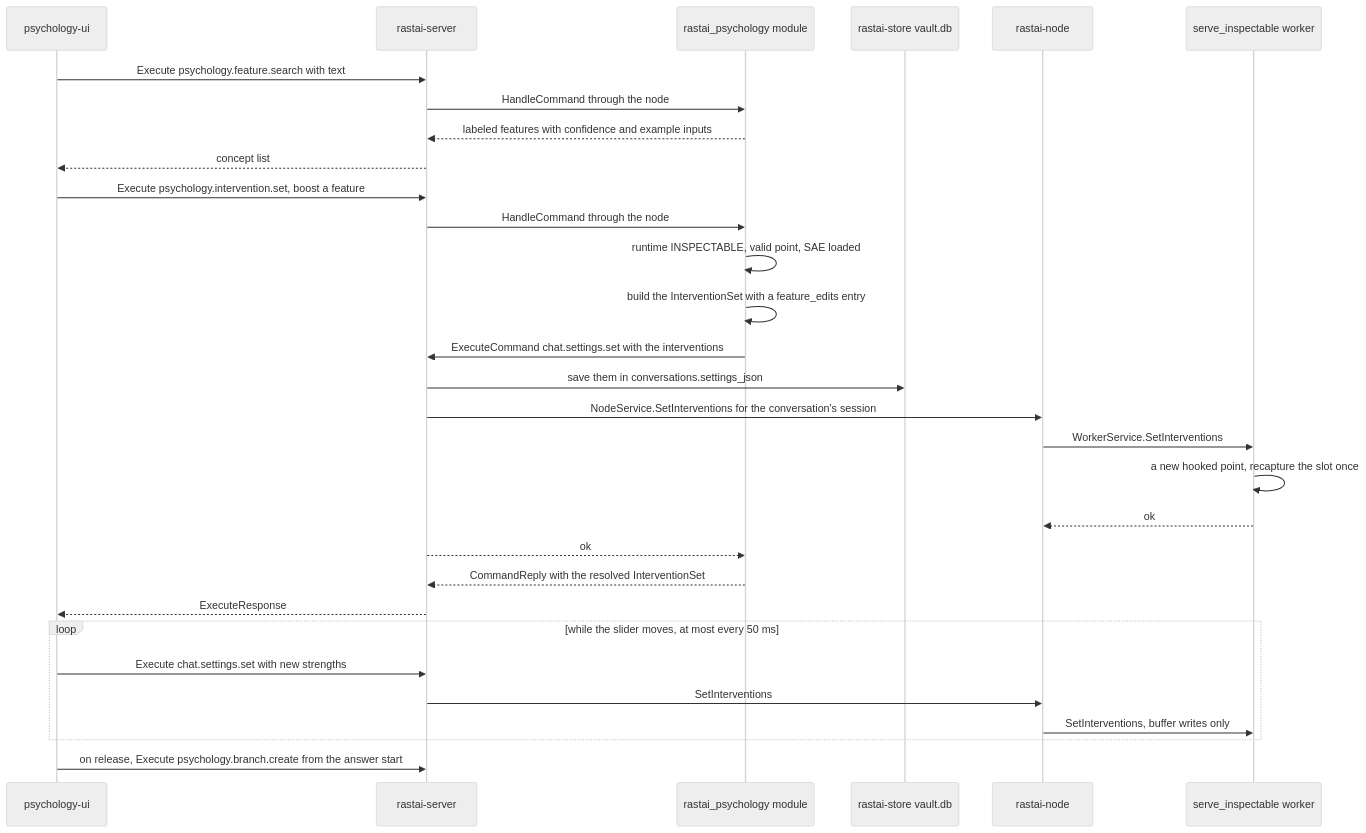
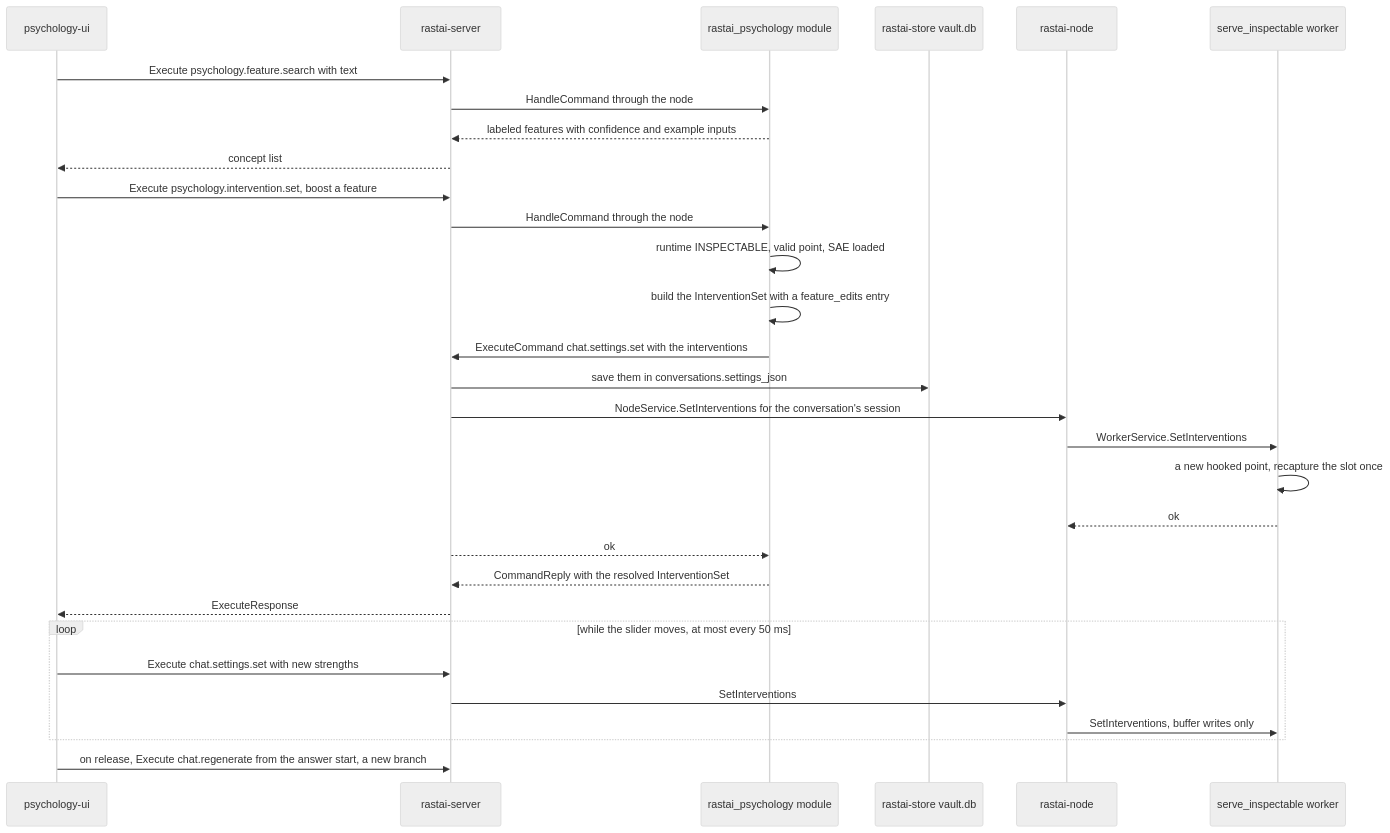
Diagram 25 of 31 in docs/architecture/flows/inference-psychology.md (Snubiss/RASTAI-Research-Studio), drawn with Mermaid (neutral theme) before and after one commit. The commit also changed other lines of this file and 44 other files, not shown here.

````diff
--- a/docs/architecture/flows/inference-psychology.md
+++ b/docs/architecture/flows/inference-psychology.md
@@ -1503,32 +1529,32 @@
 ```mermaid
 sequenceDiagram
   participant UI as psychology-ui
   participant SRV as rastai-server
   participant PM as rastai_psychology module
   participant VAULT as rastai-store vault.db
   participant NODE as rastai-node
   participant W as serve_inspectable worker
   UI->>SRV: Execute psychology.feature.search with text
   SRV->>PM: HandleCommand through the node
   PM-->>SRV: labeled features with confidence and example inputs
   SRV-->>UI: concept list
   UI->>SRV: Execute psychology.intervention.set, boost a feature
   SRV->>PM: HandleCommand through the node
   PM->>PM: runtime INSPECTABLE, valid point, SAE loaded
   PM->>PM: build the InterventionSet with a feature_edits entry
   PM->>SRV: ExecuteCommand chat.settings.set with the interventions
   SRV->>VAULT: save them in conversations.settings_json
   SRV->>NODE: NodeService.SetInterventions for the conversation's session
   NODE->>W: WorkerService.SetInterventions
   W->>W: a new hooked point, recapture the slot once
   W-->>NODE: ok
   SRV-->>PM: ok
   PM-->>SRV: CommandReply with the resolved InterventionSet
   SRV-->>UI: ExecuteResponse
   loop while the slider moves, at most every 50 ms
     UI->>SRV: Execute chat.settings.set with new strengths
     SRV->>NODE: SetInterventions
     NODE->>W: SetInterventions, buffer writes only
   end
-  UI->>SRV: on release, Execute psychology.branch.create from the answer start
+  UI->>SRV: on release, Execute chat.regenerate from the answer start, a new branch
 ```
````
